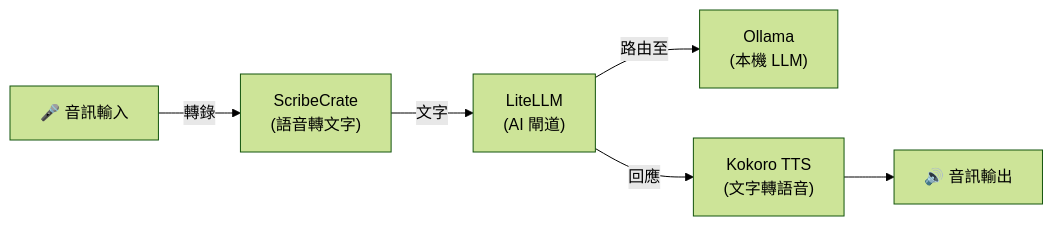
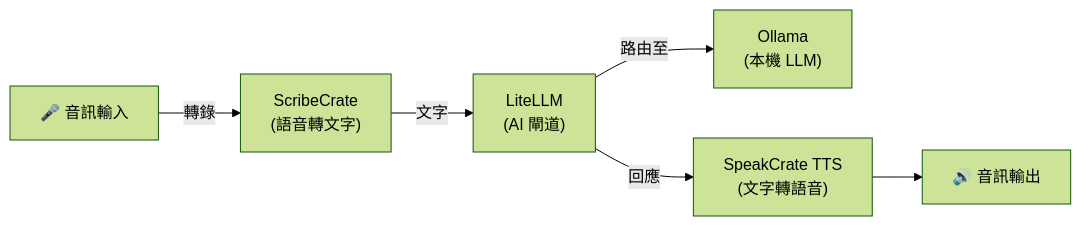
Before and after one commit to hwdsl2/self-hosted-ai-stack: the diagram in stacks/voice-pipeline/README-zh-Hant.md, drawn with Mermaid (forest theme). The commit also changed other lines of this file and 26 other files, not shown here.

````diff
--- a/stacks/voice-pipeline/README-zh-Hant.md
+++ b/stacks/voice-pipeline/README-zh-Hant.md
@@ -17,8 +17,8 @@
 ```mermaid
 graph LR
     A["🎤 音訊輸入"] -->|轉錄| W["ScribeCrate<br/>(語音轉文字)"]
     W -->|文字| L["LiteLLM<br/>(AI 閘道)"]
     L -->|路由至| O["Ollama<br/>(本機 LLM)"]
-    L -->|回應| T["Kokoro TTS<br/>(文字轉語音)"]
+    L -->|回應| T["SpeakCrate TTS<br/>(文字轉語音)"]
     T --> B["🔊 音訊輸出"]
 ```
````
